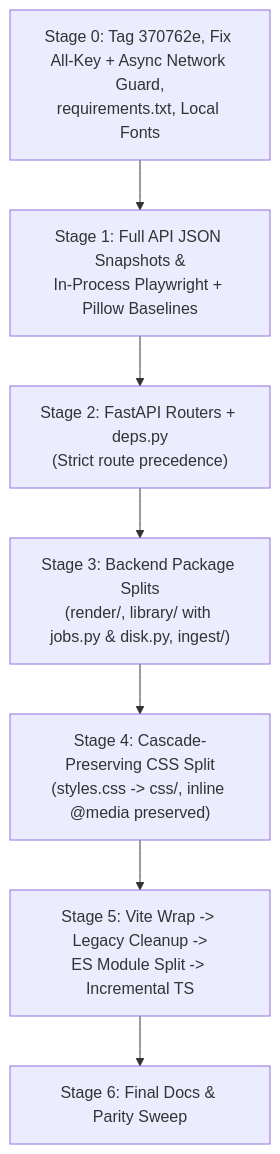
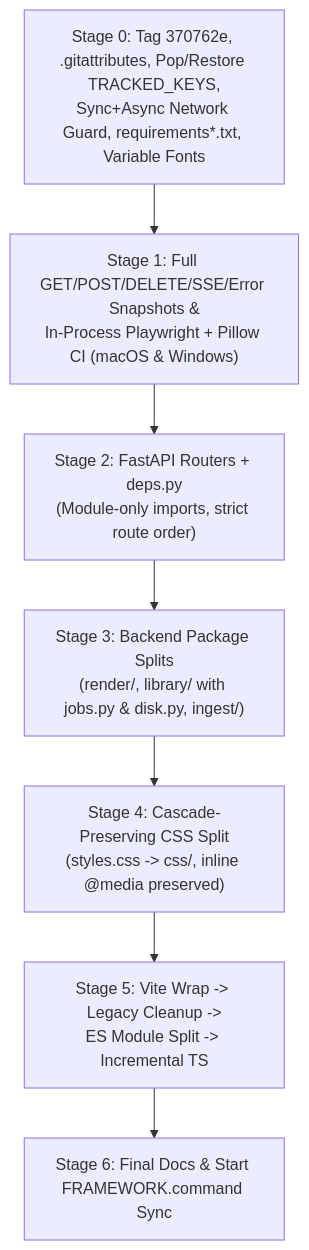
One commit to gibsondevhouse/FRAMEWORK changed the diagram in docs/plans/repo_structure_stabilization/MASTER_PLAN.md. Above: the diagram before and after it, drawn with Mermaid. The commit also changed other lines of this file and 7 other files, not shown here.

````diff
--- a/docs/plans/repo_structure_stabilization/MASTER_PLAN.md
+++ b/docs/plans/repo_structure_stabilization/MASTER_PLAN.md
@@ -22,10 +21,10 @@
 ```mermaid
 flowchart TD
-    S0["Stage 0: Tag 370762e, Fix All-Key + Async Network Guard,\nrequirements.txt, Local Fonts"] --> S1
-    S1["Stage 1: Full API JSON Snapshots &\nIn-Process Playwright + Pillow Baselines"] --> S2
-    S2["Stage 2: FastAPI Routers + deps.py\n(Strict route precedence)"] --> S3
+    S0["Stage 0: Tag 370762e, .gitattributes, Pop/Restore TRACKED_KEYS,\nSync+Async Network Guard, requirements*.txt, Variable Fonts"] --> S1
+    S1["Stage 1: Full GET/POST/DELETE/SSE/Error Snapshots &\nIn-Process Playwright + Pillow CI (macOS & Windows)"] --> S2
+    S2["Stage 2: FastAPI Routers + deps.py\n(Module-only imports, strict route order)"] --> S3
     S3["Stage 3: Backend Package Splits\n(render/, library/ with jobs.py & disk.py, ingest/)"] --> S4
     S4["Stage 4: Cascade-Preserving CSS Split\n(styles.css -> css/, inline @media preserved)"] --> S5
     S5["Stage 5: Vite Wrap -> Legacy Cleanup ->\nES Module Split -> Incremental TS"] --> S6
-    S6["Stage 6: Final Docs & Parity Sweep"]
+    S6["Stage 6: Final Docs & Start FRAMEWORK.command Sync"]
 ```
````
